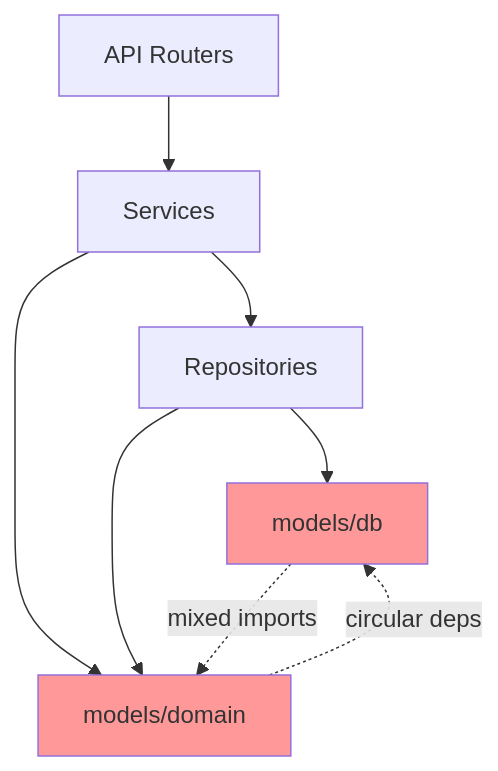
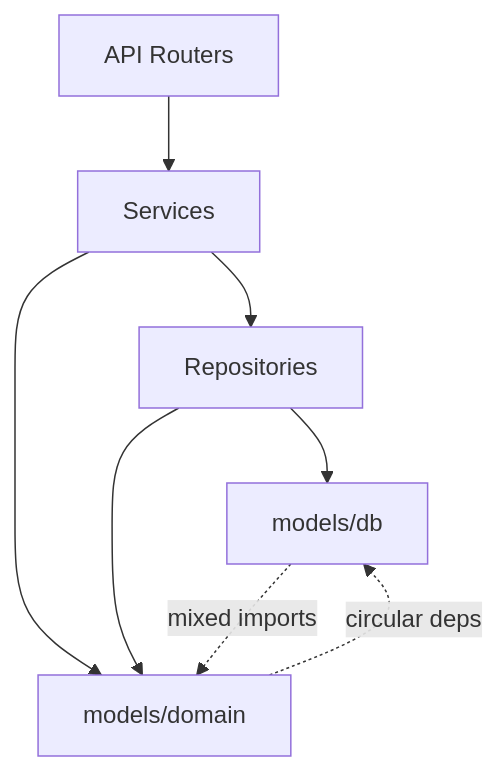
One commit to ELC/upskilling changed the first of 6 diagrams in docs/changes_from_restructure-fastapi-app_to_restructure-models.md. Above: the diagram before and after it, drawn with Mermaid. The commit also changed other lines of this file, not shown here.

````diff
--- a/docs/changes_from_restructure-fastapi-app_to_restructure-models.md
+++ b/docs/changes_from_restructure-fastapi-app_to_restructure-models.md
@@ -18,13 +18,10 @@
 ```mermaid
 graph TD
     A[API Routers] --> B[Services]
     B --> C[Repositories]
     C --> D[models/db]
     B --> E[models/domain]
     C --> E
     D -.mixed imports.-> E
     E -.circular deps.-> D
-    
-    style D fill:#ff9999
-    style E fill:#ff9999
 ```
````
